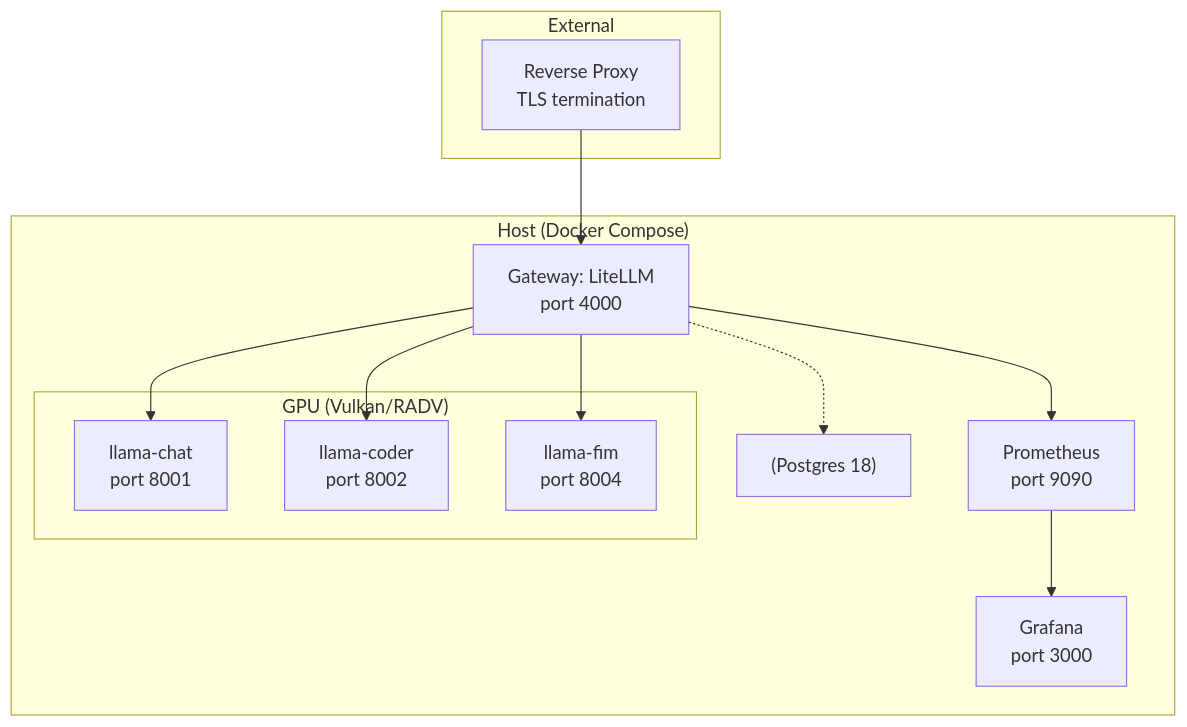
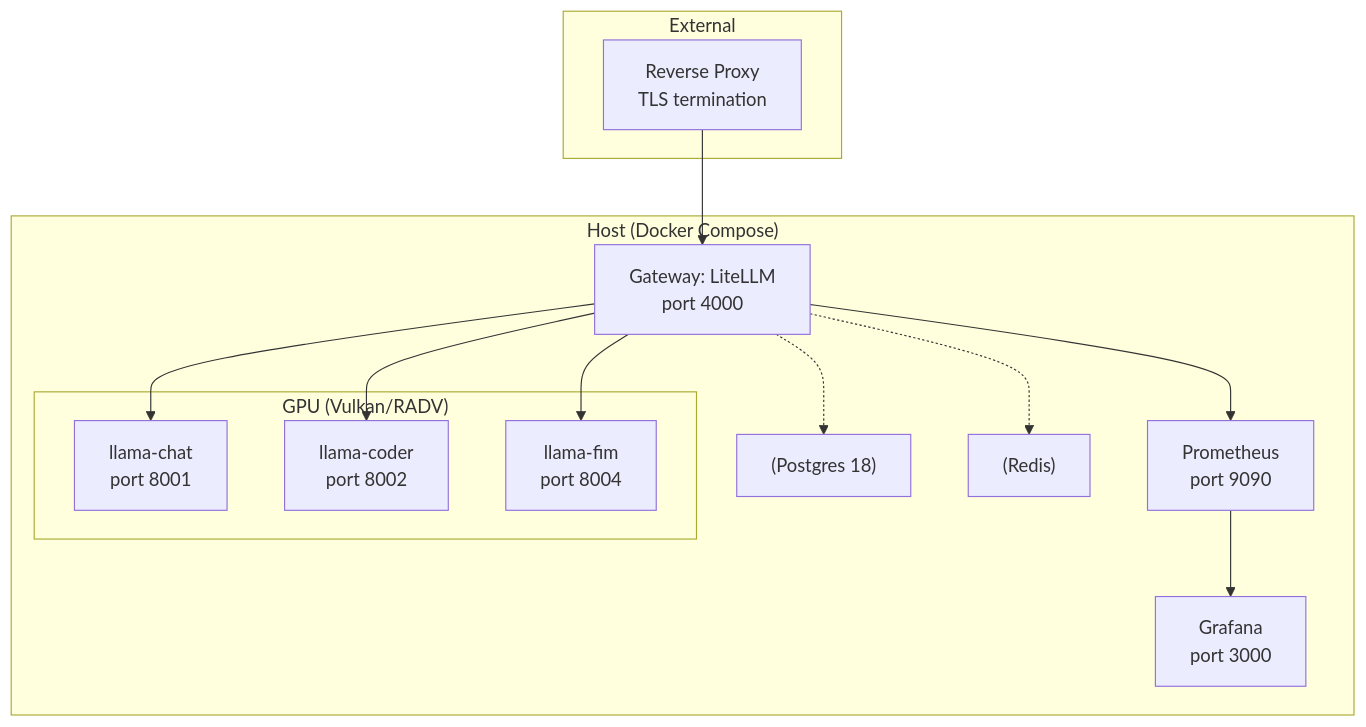
Before and after one commit to hgnnmnn/ai-stack: the diagram in README.md, drawn with Mermaid. The commit also changed other lines of this file and 9 other files, not shown here.

````diff
--- a/README.md
+++ b/README.md
@@ -30,30 +30,32 @@
 ```mermaid
 graph TD
     subgraph "External"
         RP["Reverse Proxy\nTLS termination"]
     end
 
     subgraph "Host (Docker Compose)"
         GW["Gateway: LiteLLM\nport 4000"]
         PG["(Postgres 18)"]
+        RD["(Redis)"]
         L1["llama-chat\nport 8001"]
         L2["llama-coder\nport 8002"]
         L3["llama-fim\nport 8004"]
         PM["Prometheus\nport 9090"]
         GF["Grafana\nport 3000"]
 
         subgraph "GPU (Vulkan/RADV)"
             L1
             L2
             L3
         end
     end
 
     RP --> GW
     GW --> L1
     GW --> L2
     GW --> L3
     GW -.-> PG
+    GW -.-> RD
     GW --> PM
     PM --> GF
 ```
````
